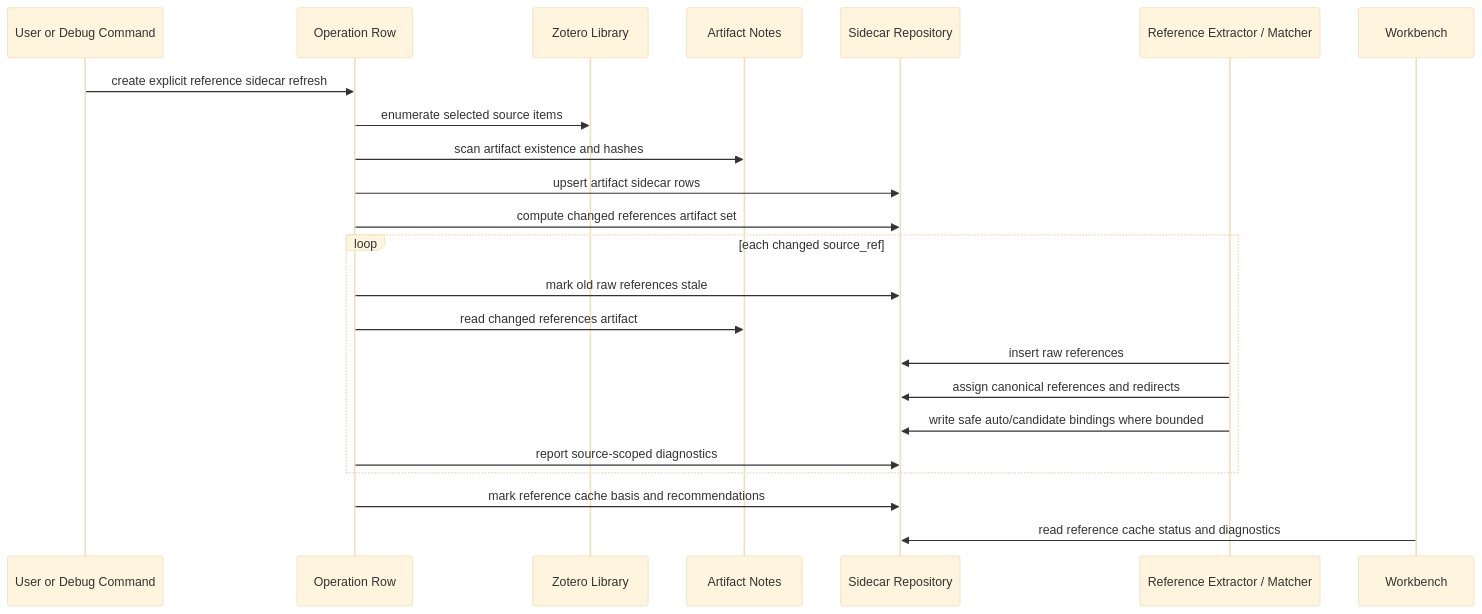
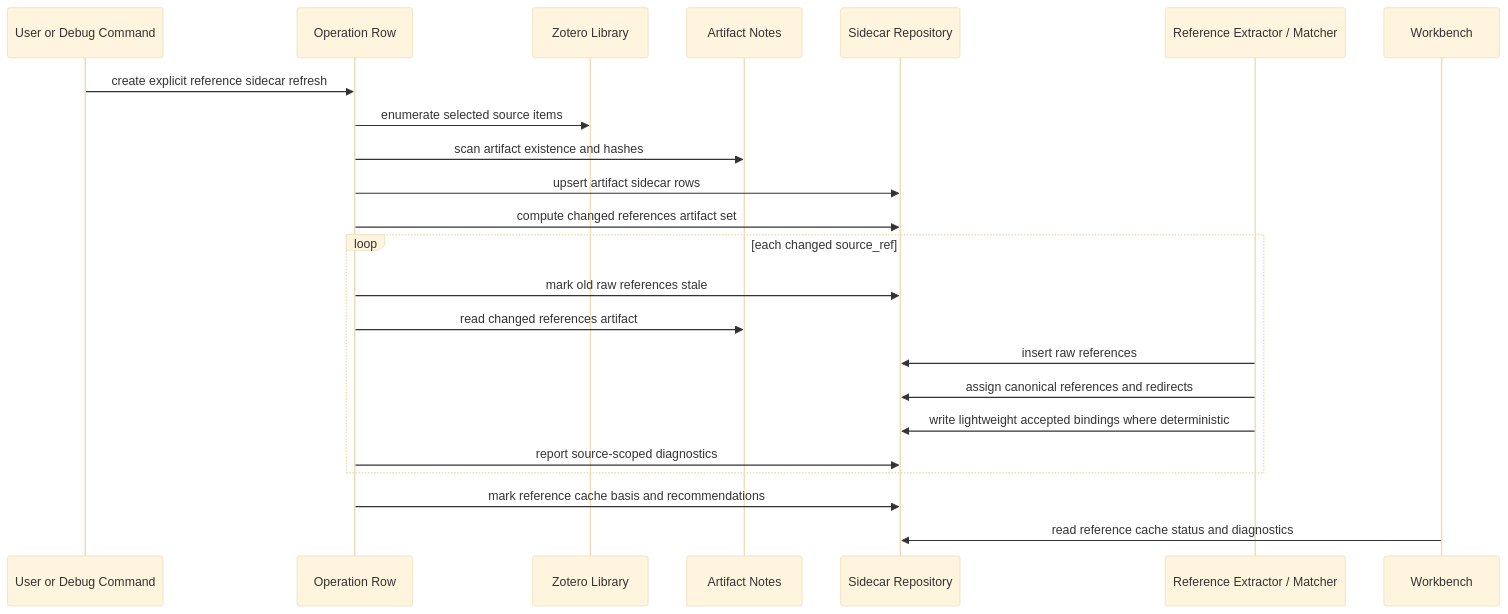
The second of 8 diagrams in doc/synthesis-layer/sequences.md (leike0813/zotero-agents), drawn with Mermaid (base theme) before and after one commit. The commit also changed 88 other files, not shown here.

````diff
--- a/doc/synthesis-layer/sequences.md
+++ b/doc/synthesis-layer/sequences.md
@@ -46,26 +46,26 @@
 ```mermaid
 sequenceDiagram
   participant U as User or Debug Command
   participant O as Operation Row
   participant Z as Zotero Library
   participant A as Artifact Notes
   participant S as Sidecar Repository
   participant R as Reference Extractor / Matcher
   participant UI as Workbench
 
   U->>O: create explicit reference sidecar refresh
   O->>Z: enumerate selected source items
   O->>A: scan artifact existence and hashes
   O->>S: upsert artifact sidecar rows
   O->>S: compute changed references artifact set
   loop each changed source_ref
     O->>S: mark old raw references stale
     O->>A: read changed references artifact
     R->>S: insert raw references
     R->>S: assign canonical references and redirects
-    R->>S: write safe auto/candidate bindings where bounded
+    R->>S: write lightweight accepted bindings where deterministic
     O->>S: report source-scoped diagnostics
   end
   O->>S: mark reference cache basis and recommendations
   UI->>S: read reference cache status and diagnostics
 ```
````
